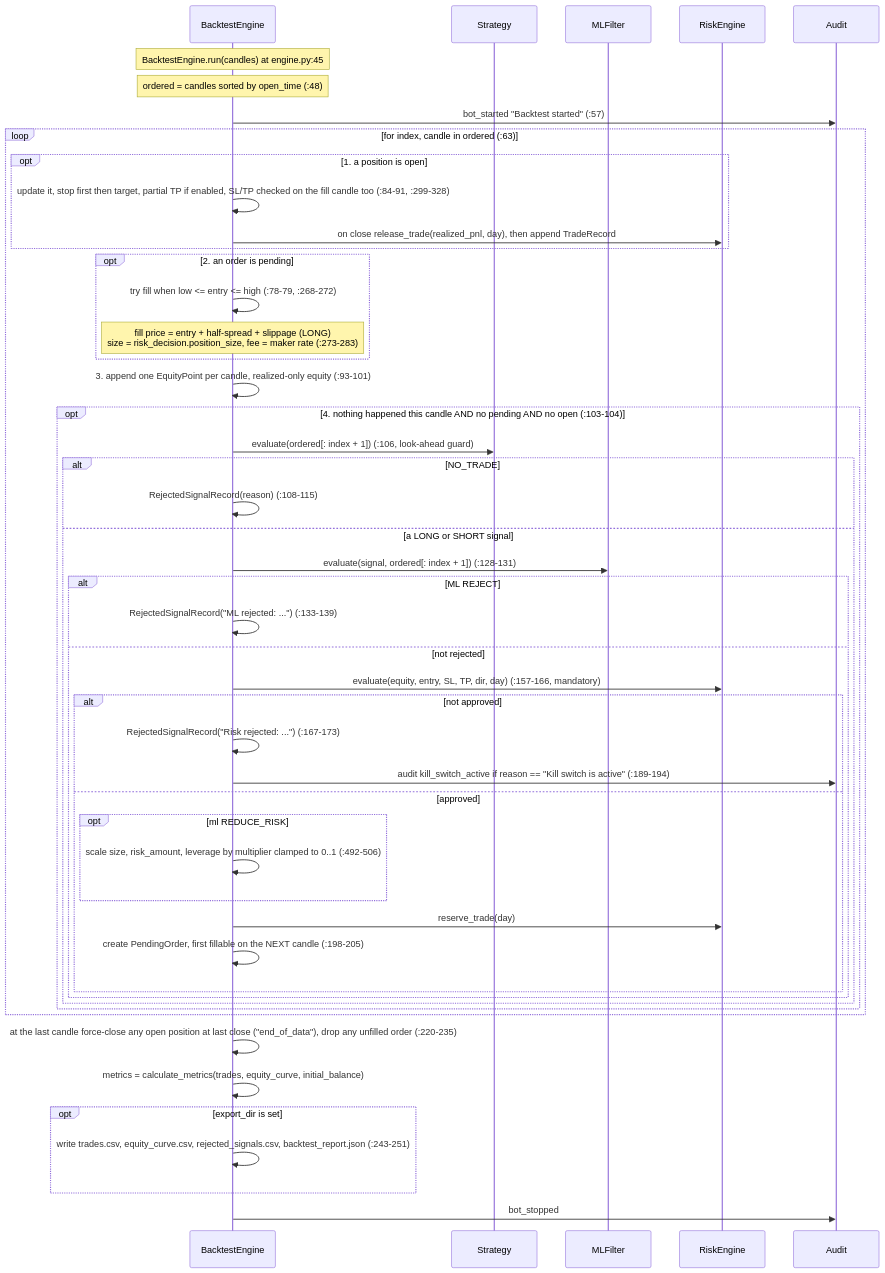
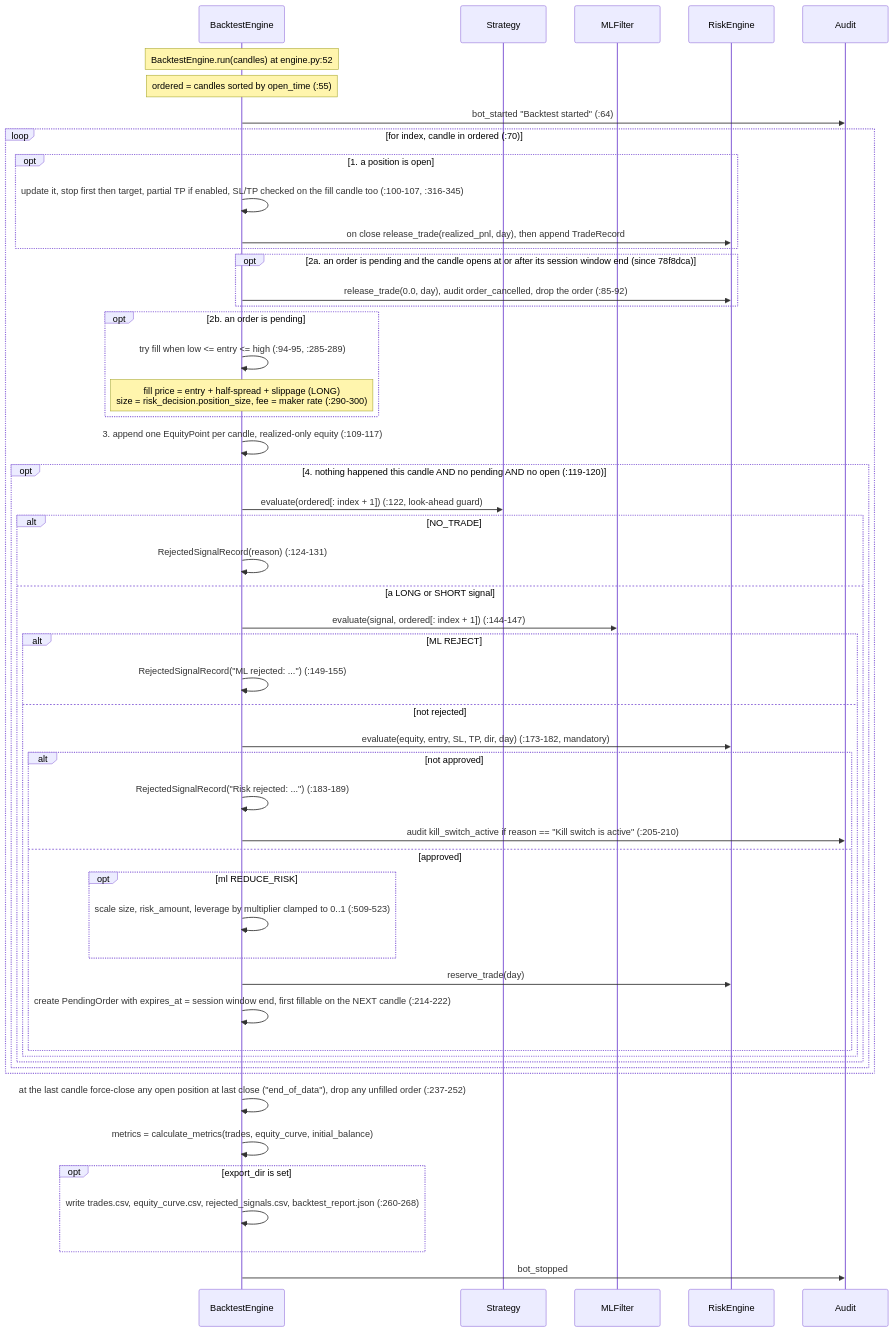
Before and after one commit to ceezey/SILVR: the third of 5 diagrams in docs/sdd-silverbot.md, drawn with Mermaid. The commit also changed other lines of this file and 23 other files, not shown here.

````diff
--- a/docs/sdd-silverbot.md
+++ b/docs/sdd-silverbot.md
@@ -446,51 +452,54 @@
 ```mermaid
 sequenceDiagram
     participant BE as BacktestEngine
     participant ST as Strategy
     participant ML as MLFilter
     participant RE as RiskEngine
     participant AU as Audit
-    Note over BE: BacktestEngine.run(candles) at engine.py:45
-    Note over BE: ordered = candles sorted by open_time (:48)
-    BE->>AU: bot_started "Backtest started" (:57)
-    loop for index, candle in ordered (:63)
+    Note over BE: BacktestEngine.run(candles) at engine.py:52
+    Note over BE: ordered = candles sorted by open_time (:55)
+    BE->>AU: bot_started "Backtest started" (:64)
+    loop for index, candle in ordered (:70)
         opt 1. a position is open
-            BE->>BE: update it, stop first then target, partial TP if enabled, SL/TP checked on the fill candle too (:84-91, :299-328)
+            BE->>BE: update it, stop first then target, partial TP if enabled, SL/TP checked on the fill candle too (:100-107, :316-345)
             BE->>RE: on close release_trade(realized_pnl, day), then append TradeRecord
         end
-        opt 2. an order is pending
-            BE->>BE: try fill when low <= entry <= high (:78-79, :268-272)
-            Note over BE: fill price = entry + half-spread + slippage (LONG)<br/>size = risk_decision.position_size, fee = maker rate (:273-283)
+        opt 2a. an order is pending and the candle opens at or after its session window end (since 78f8dca)
+            BE->>RE: release_trade(0.0, day), audit order_cancelled, drop the order (:85-92)
         end
-        BE->>BE: 3. append one EquityPoint per candle, realized-only equity (:93-101)
-        opt 4. nothing happened this candle AND no pending AND no open (:103-104)
-            BE->>ST: evaluate(ordered[: index + 1]) (:106, look-ahead guard)
+        opt 2b. an order is pending
+            BE->>BE: try fill when low <= entry <= high (:94-95, :285-289)
+            Note over BE: fill price = entry + half-spread + slippage (LONG)<br/>size = risk_decision.position_size, fee = maker rate (:290-300)
+        end
+        BE->>BE: 3. append one EquityPoint per candle, realized-only equity (:109-117)
+        opt 4. nothing happened this candle AND no pending AND no open (:119-120)
+            BE->>ST: evaluate(ordered[: index + 1]) (:122, look-ahead guard)
             alt NO_TRADE
-                BE->>BE: RejectedSignalRecord(reason) (:108-115)
+                BE->>BE: RejectedSignalRecord(reason) (:124-131)
             else a LONG or SHORT signal
-                BE->>ML: evaluate(signal, ordered[: index + 1]) (:128-131)
+                BE->>ML: evaluate(signal, ordered[: index + 1]) (:144-147)
                 alt ML REJECT
-                    BE->>BE: RejectedSignalRecord("ML rejected: ...") (:133-139)
+                    BE->>BE: RejectedSignalRecord("ML rejected: ...") (:149-155)
                 else not rejected
-                    BE->>RE: evaluate(equity, entry, SL, TP, dir, day) (:157-166, mandatory)
+                    BE->>RE: evaluate(equity, entry, SL, TP, dir, day) (:173-182, mandatory)
                     alt not approved
-                        BE->>BE: RejectedSignalRecord("Risk rejected: ...") (:167-173)
-                        BE->>AU: audit kill_switch_active if reason == "Kill switch is active" (:189-194)
+                        BE->>BE: RejectedSignalRecord("Risk rejected: ...") (:183-189)
+                        BE->>AU: audit kill_switch_active if reason == "Kill switch is active" (:205-210)
                     else approved
                         opt ml REDUCE_RISK
-                            BE->>BE: scale size, risk_amount, leverage by multiplier clamped to 0..1 (:492-506)
+                            BE->>BE: scale size, risk_amount, leverage by multiplier clamped to 0..1 (:509-523)
                         end
                         BE->>RE: reserve_trade(day)
-                        BE->>BE: create PendingOrder, first fillable on the NEXT candle (:198-205)
+                        BE->>BE: create PendingOrder with expires_at = session window end, first fillable on the NEXT candle (:214-222)
                     end
                 end
             end
         end
     end
-    BE->>BE: at the last candle force-close any open position at last close ("end_of_data"), drop any unfilled order (:220-235)
+    BE->>BE: at the last candle force-close any open position at last close ("end_of_data"), drop any unfilled order (:237-252)
     BE->>BE: metrics = calculate_metrics(trades, equity_curve, initial_balance)
     opt export_dir is set
-        BE->>BE: write trades.csv, equity_curve.csv, rejected_signals.csv, backtest_report.json (:243-251)
+        BE->>BE: write trades.csv, equity_curve.csv, rejected_signals.csv, backtest_report.json (:260-268)
     end
     BE->>AU: bot_stopped
 ```
````
